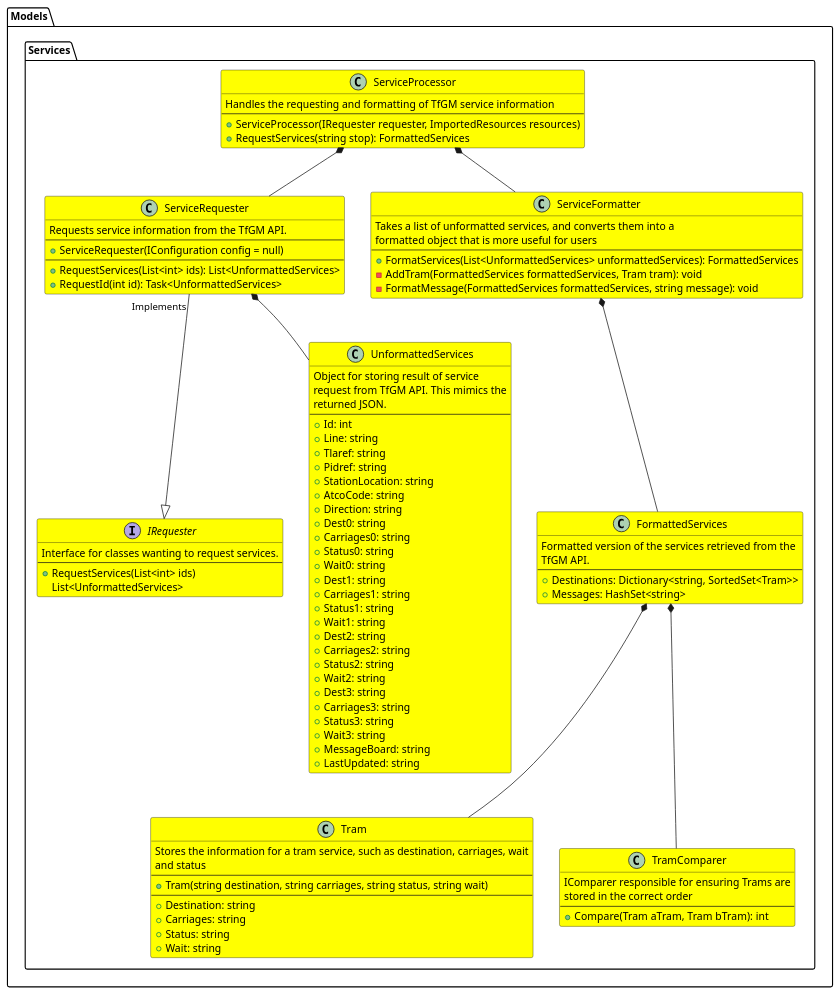
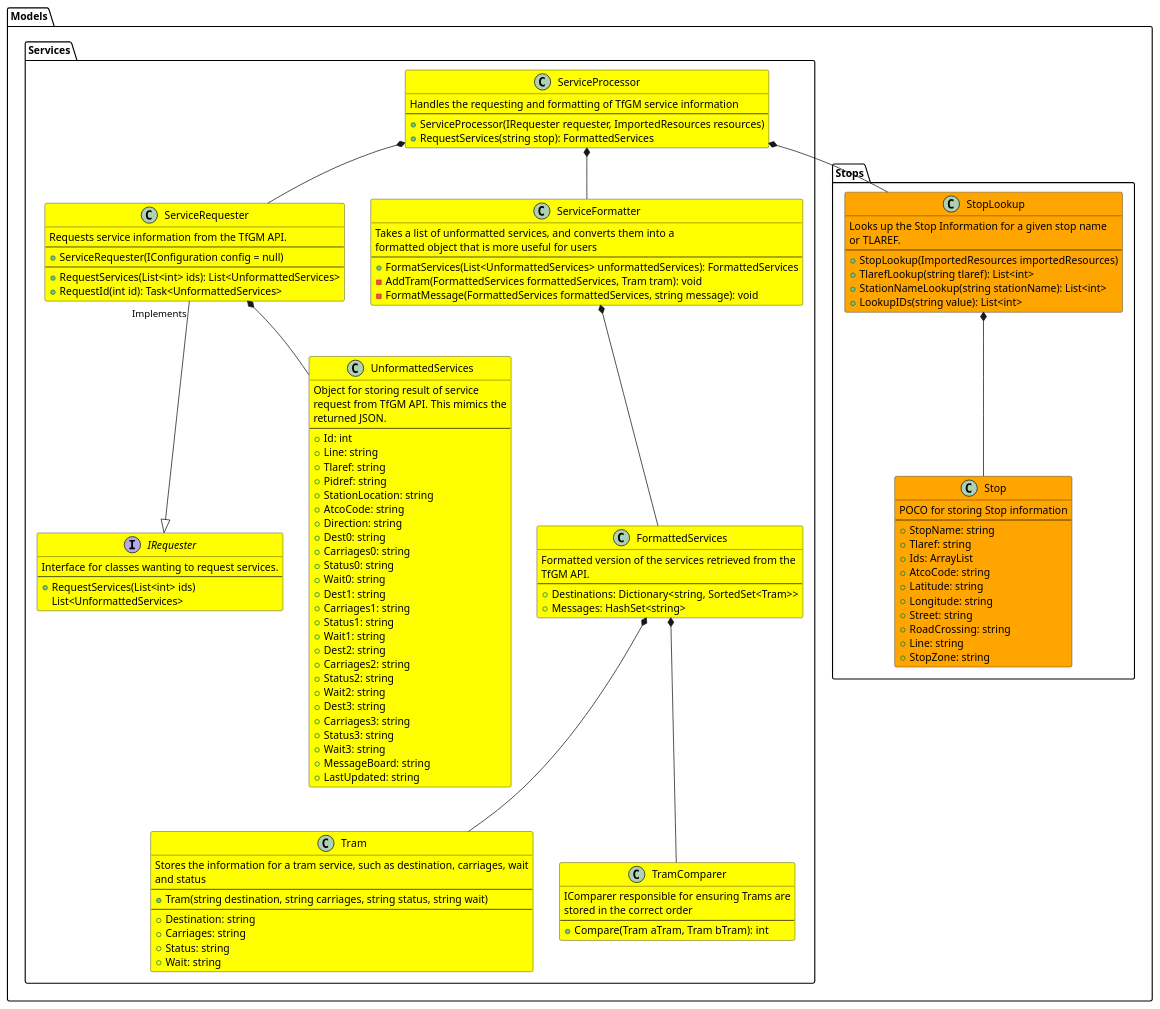
Before and after one commit to dave-t-c/TfGM-API-Wrapper: the diagram in TfGM-API-Wrapper/Documentation/TfGM-API-Wraper.puml, drawn with PlantUML.

Commit message:
Add Models.Stops to PlantUML diagram.

```diff
--- a/TfGM-API-Wrapper/Documentation/TfGM-API-Wraper.puml
+++ b/TfGM-API-Wrapper/Documentation/TfGM-API-Wraper.puml
@@ -1,105 +1,136 @@
 @startuml TfGM-API-Wrapper
 
 'Models.Services' 
 package Models.Services {
 Models.Services.FormattedServices *-- Models.Services.Tram 
 Models.Services.FormattedServices *-- Models.Services.TramComparer 
 Models.Services.ServiceRequester "Implements" --|> Models.Services.IRequester
 Models.Services.ServiceRequester *-- Models.Services.UnformattedServices
 Models.Services.ServiceFormatter *-- Models.Services.FormattedServices
 Models.Services.ServiceProcessor *-- Models.Services.ServiceRequester
 Models.Services.ServiceProcessor *-- Models.Services.ServiceFormatter
+Models.Services.ServiceProcessor *-- Models.Stops.StopLookup
 }
 
 class Models.Services.Tram #Yellow{
 Stores the information for a tram service, such as destination, carriages, wait
 and status
 ---
 + Tram(string destination, string carriages, string status, string wait)
 ---
 + Destination: string
 + Carriages: string
 + Status: string
 + Wait: string
 }
 
 class Models.Services.FormattedServices #Yellow{
 Formatted version of the services retrieved from the 
 TfGM API.
 ---
 + Destinations: Dictionary<string, SortedSet<Tram>>
 + Messages: HashSet<string>
 }
 
 class Models.Services.TramComparer #Yellow {
 IComparer responsible for ensuring Trams are 
 stored in the correct order
 ---
 + Compare(Tram aTram, Tram bTram): int
 }
 
 interface Models.Services.IRequester #Yellow{
 Interface for classes wanting to request services.
 ---
 + RequestServices(List<int> ids)
 List<UnformattedServices> 
 }
 
 class Models.Services.UnformattedServices #Yellow {
 Object for storing result of service
 request from TfGM API. This mimics the
 returned JSON.
 ---
 + Id: int
 + Line: string
 + Tlaref: string
 + Pidref: string
 + StationLocation: string
 + AtcoCode: string
 + Direction: string
 + Dest0: string
 + Carriages0: string 
 + Status0: string 
 + Wait0: string
 + Dest1: string 
 + Carriages1: string 
 + Status1: string
 + Wait1: string
 + Dest2: string
 + Carriages2: string
 + Status2: string
 + Wait2: string
 + Dest3: string
 + Carriages3: string
 + Status3: string
 + Wait3: string
 + MessageBoard: string
 + LastUpdated: string
 }
 
 class Models.Services.ServiceRequester #Yellow {
 Requests service information from the TfGM API.
 ---
 + ServiceRequester(IConfiguration config = null)
 ---
 + RequestServices(List<int> ids): List<UnformattedServices> 
 + RequestId(int id): Task<UnformattedServices> 
 }
 
 class Models.Services.ServiceFormatter #Yellow {
 Takes a list of unformatted services, and converts them into a 
 formatted object that is more useful for users
 ---
 + FormatServices(List<UnformattedServices> unformattedServices): FormattedServices 
 - AddTram(FormattedServices formattedServices, Tram tram): void 
 - FormatMessage(FormattedServices formattedServices, string message): void
 }
 
 class Models.Services.ServiceProcessor #Yellow {
 Handles the requesting and formatting of TfGM service information 
 ---
 + ServiceProcessor(IRequester requester, ImportedResources resources)
 + RequestServices(string stop): FormattedServices 
 } 
 
+'Models.Stops'
+package Models.Stops {
+Models.Stops.StopLookup *-- Models.Stops.Stop
+}
+
+class Models.Stops.StopLookup #Orange {
+Looks up the Stop Information for a given stop name 
+or TLAREF.
+---
++ StopLookup(ImportedResources importedResources)
++ TlarefLookup(string tlaref): List<int> 
++ StationNameLookup(string stationName): List<int> 
++ LookupIDs(string value): List<int> 
+}
+
+class Models.Stops.Stop #Orange{
+POCO for storing Stop information 
+---
++ StopName: string
++ Tlaref: string
++ Ids: ArrayList
++ AtcoCode: string
++ Latitude: string
++ Longitude: string
++ Street: string
++ RoadCrossing: string
++ Line: string
++ StopZone: string
+}
+
 @enduml
```
